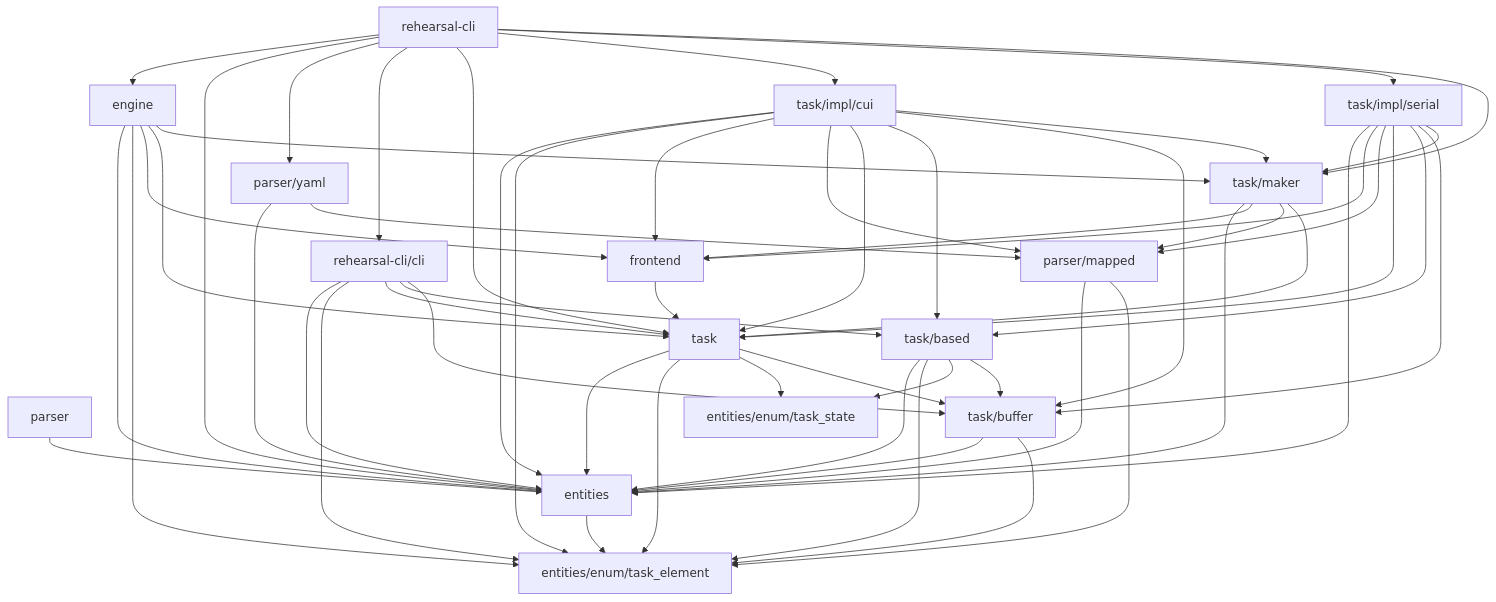
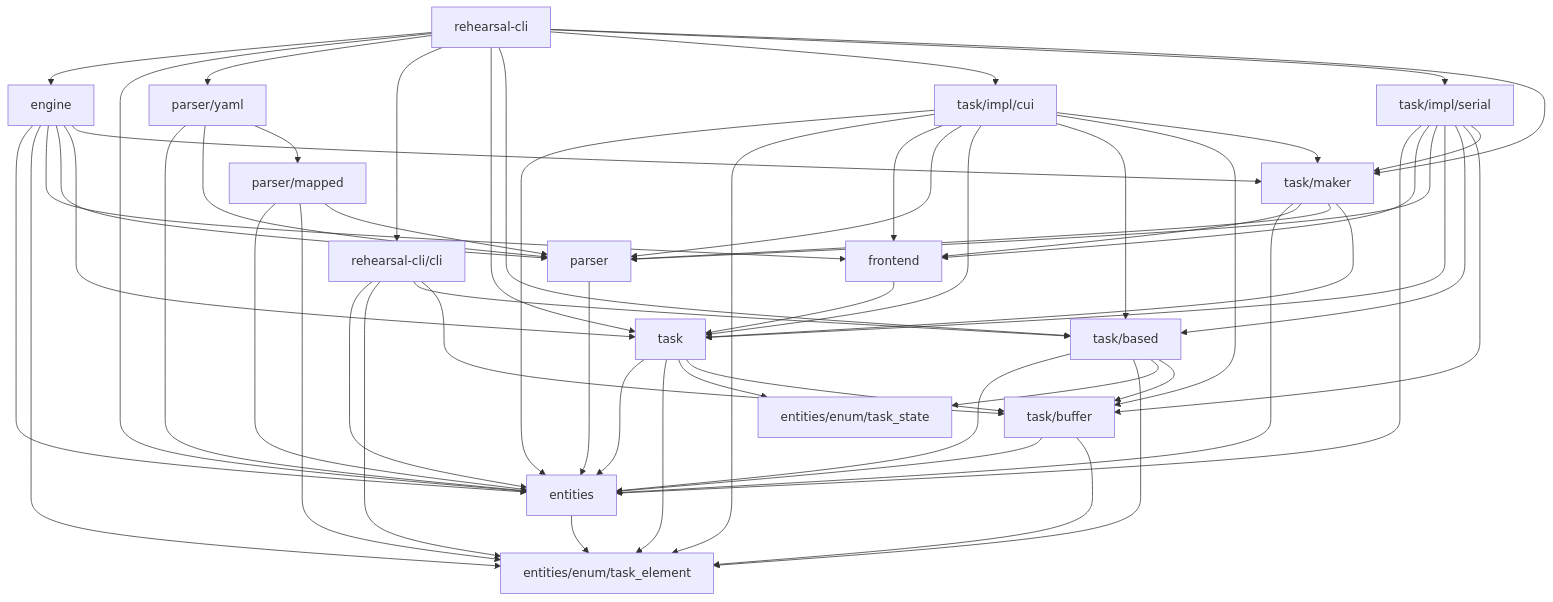
The diagram in readme.md (rehearsal-open/rehearsal), drawn with Mermaid before and after one commit.

Commit message:
依存関係図を更新

````diff
--- a/readme.md
+++ b/readme.md
@@ -52,59 +52,62 @@
 ```mermaid
 graph TD
 
 engine --> entities
 engine --> entities/enum/task_element
 engine --> frontend
+engine --> parser
 engine --> task
 engine --> task/maker
 entities --> entities/enum/task_element
 frontend --> task
 parser/mapped --> entities
 parser/mapped --> entities/enum/task_element
+parser/mapped --> parser
 parser/yaml --> entities
+parser/yaml --> parser
 parser/yaml --> parser/mapped
 parser --> entities
 rehearsal-cli/cli --> entities
 rehearsal-cli/cli --> entities/enum/task_element
-rehearsal-cli/cli --> task
 rehearsal-cli/cli --> task/based
 rehearsal-cli/cli --> task/buffer
 rehearsal-cli --> engine
 rehearsal-cli --> entities
 rehearsal-cli --> parser/yaml
 rehearsal-cli --> rehearsal-cli/cli
 rehearsal-cli --> task
+rehearsal-cli --> task/based
 rehearsal-cli --> task/impl/cui
 rehearsal-cli --> task/impl/serial
 rehearsal-cli --> task/maker
 task/based --> entities
 task/based --> entities/enum/task_element
 task/based --> entities/enum/task_state
 task/based --> task/buffer
 task/buffer --> entities
 task/buffer --> entities/enum/task_element
 task/impl/cui --> entities
 task/impl/cui --> entities/enum/task_element
 task/impl/cui --> frontend
-task/impl/cui --> parser/mapped
+task/impl/cui --> parser
 task/impl/cui --> task
 task/impl/cui --> task/based
 task/impl/cui --> task/buffer
 task/impl/cui --> task/maker
 task/impl/serial --> entities
 task/impl/serial --> frontend
-task/impl/serial --> parser/mapped
+task/impl/serial --> parser
 task/impl/serial --> task
 task/impl/serial --> task/based
 task/impl/serial --> task/buffer
 task/impl/serial --> task/maker
 task/maker --> entities
 task/maker --> frontend
-task/maker --> parser/mapped
+task/maker --> parser
 task/maker --> task
 task --> entities
 task --> entities/enum/task_element
 task --> entities/enum/task_state
 task --> task/buffer
 
 ```
````
